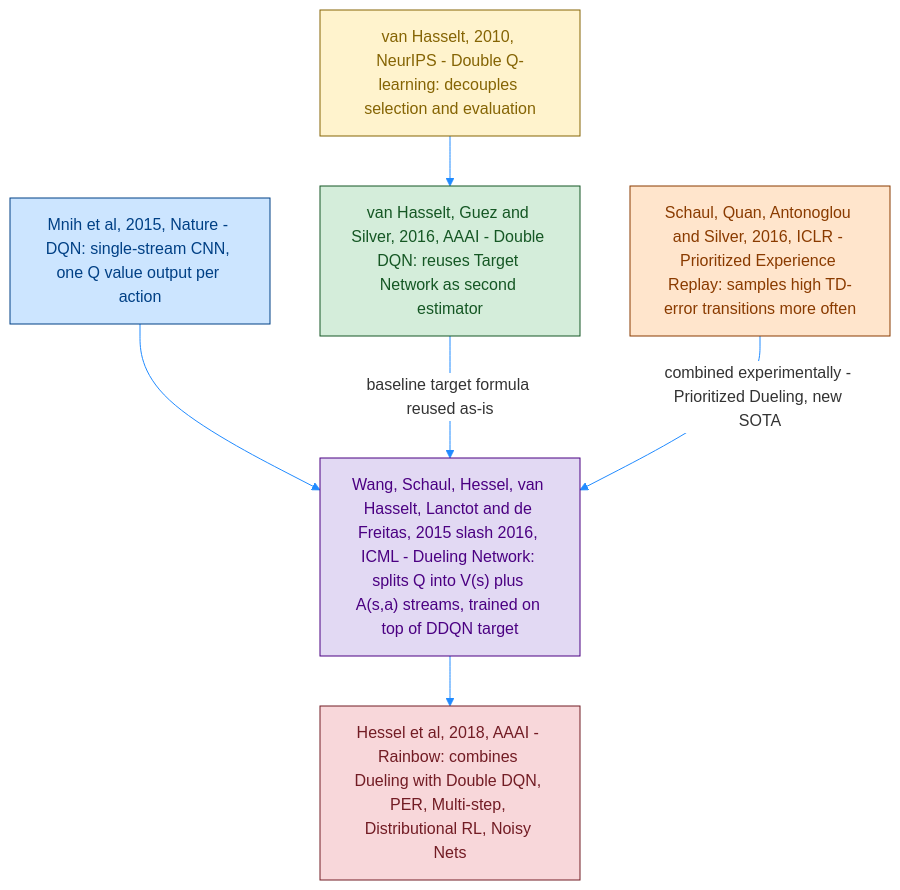
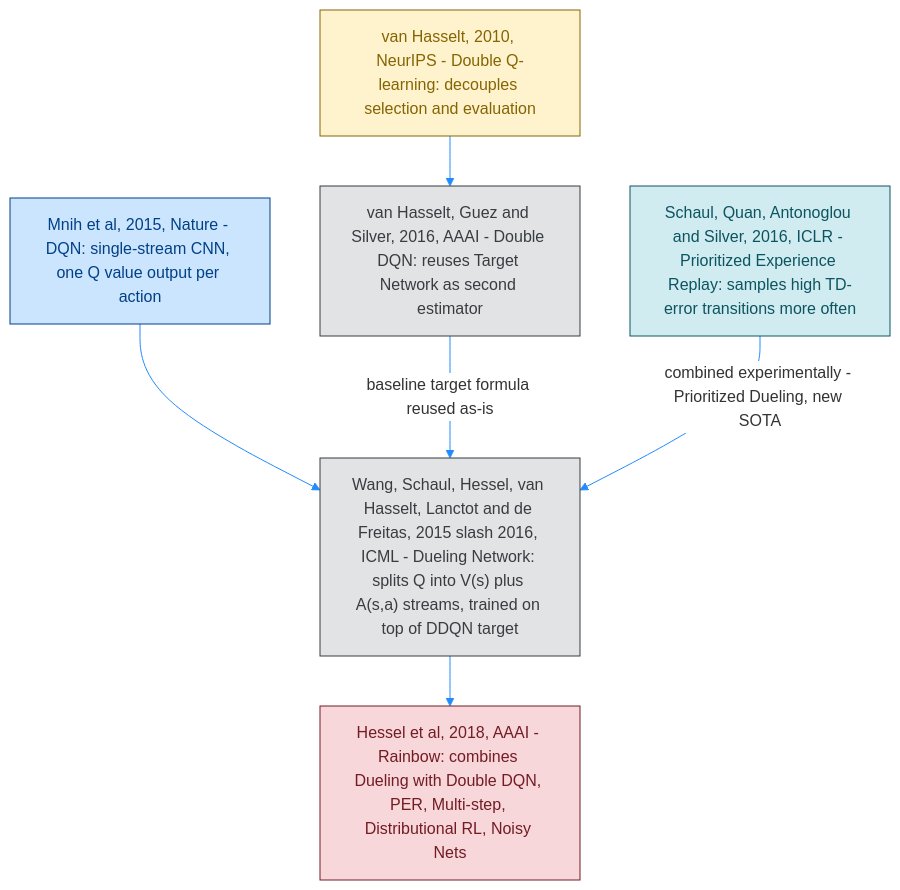
The first of 5 diagrams in Day81 RL python/02_Miguel Morales - Grokking Deep Reinforcement Learning/02_rl_with_dl/rom_photos/04_1_VB_Dueling_DDQN.md (Open-Source-Robotics-For-Myanmar/rl), drawn with Mermaid before and after one commit. The commit also changed other lines of this file and 12 other files, not shown here.

````diff
--- a/Day81 RL python/02_Miguel Morales - Grokking Deep Reinforcement Learning/02_rl_with_dl/rom_photos/04_1_VB_Dueling_DDQN.md
+++ b/Day81 RL python/02_Miguel Morales - Grokking Deep Reinforcement Learning/02_rl_with_dl/rom_photos/04_1_VB_Dueling_DDQN.md
@@ -17,30 +38,28 @@
 ```mermaid
 %%{init: {'theme': 'base', 'themeVariables': { 'primaryColor': '#ffffff', 'lineColor': '#218bff'}}}%%
 graph TD
     P1[Mnih et al, 2015, Nature - DQN: single-stream CNN, one Q value output per action]
     P2[van Hasselt, 2010, NeurIPS - Double Q-learning: decouples selection and evaluation]
     P3[van Hasselt, Guez and Silver, 2016, AAAI - Double DQN: reuses Target Network as second estimator]
     P4[Schaul, Quan, Antonoglou and Silver, 2016, ICLR - Prioritized Experience Replay: samples high TD-error transitions more often]
     P5["Wang, Schaul, Hessel, van Hasselt, Lanctot and de Freitas, 2015 slash 2016, ICML - Dueling Network: splits Q into V(s) plus A(s,a) streams, trained on top of DDQN target"]
     P6[Hessel et al, 2018, AAAI - Rainbow: combines Dueling with Double DQN, PER, Multi-step, Distributional RL, Noisy Nets]
 
     P1 --> P5
     P2 --> P3
     P3 -->|baseline target formula reused as-is| P5
     P4 -->|combined experimentally - Prioritized Dueling, new SOTA| P5
     P5 --> P6
 
-    classDef dqn fill:#cce5ff,stroke:#004085,stroke-width:1px,color:#004085;
-    classDef tabular fill:#fff3cd,stroke:#856404,stroke-width:1px,color:#856404;
-    classDef ddqn fill:#d4edda,stroke:#155724,stroke-width:1px,color:#155724;
-    classDef per fill:#ffe5cc,stroke:#8a3b00,stroke-width:1px,color:#8a3b00;
-    classDef dueling fill:#e2d9f3,stroke:#4b0082,stroke-width:1px,color:#4b0082;
-    classDef rainbow fill:#f8d7da,stroke:#721c24,stroke-width:1px,color:#721c24;
+    classDef data fill:#cce5ff,stroke:#004085,stroke-width:1px,color:#004085;
+    classDef batch fill:#fff3cd,stroke:#856404,stroke-width:1px,color:#856404;
+    classDef train fill:#f8d7da,stroke:#721c24,stroke-width:1px,color:#721c24;
+    classDef process fill:#d1ecf1,stroke:#0c5460,stroke-width:1px,color:#0c5460;
+    classDef result fill:#e2e3e5,stroke:#383d41,stroke-width:1px,color:#383d41;
 
-    class P1 dqn;
-    class P2 tabular;
-    class P3 ddqn;
-    class P4 per;
-    class P5 dueling;
-    class P6 rainbow;
+    class P1 data;
+    class P2 batch;
+    class P6 train;
+    class P4 process;
+    class P3,P5 result;
 ```
````
